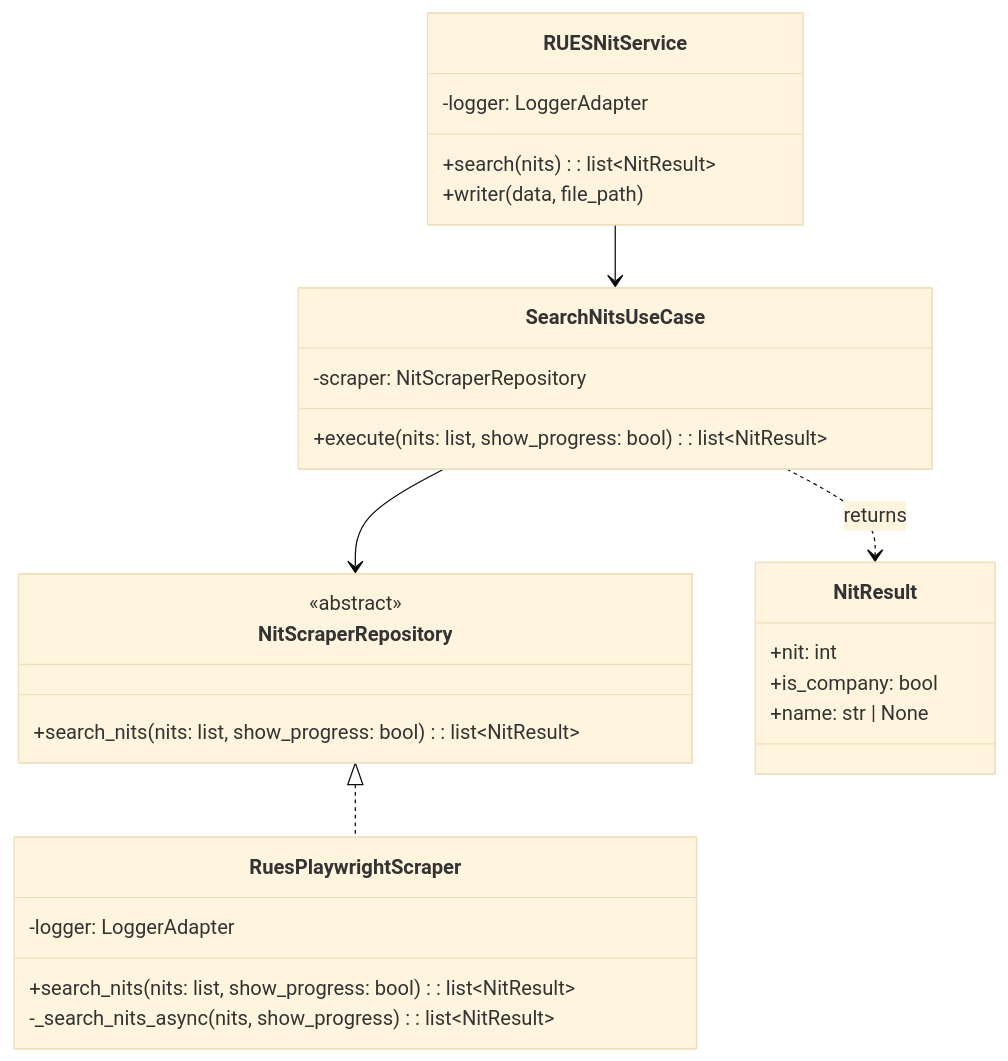
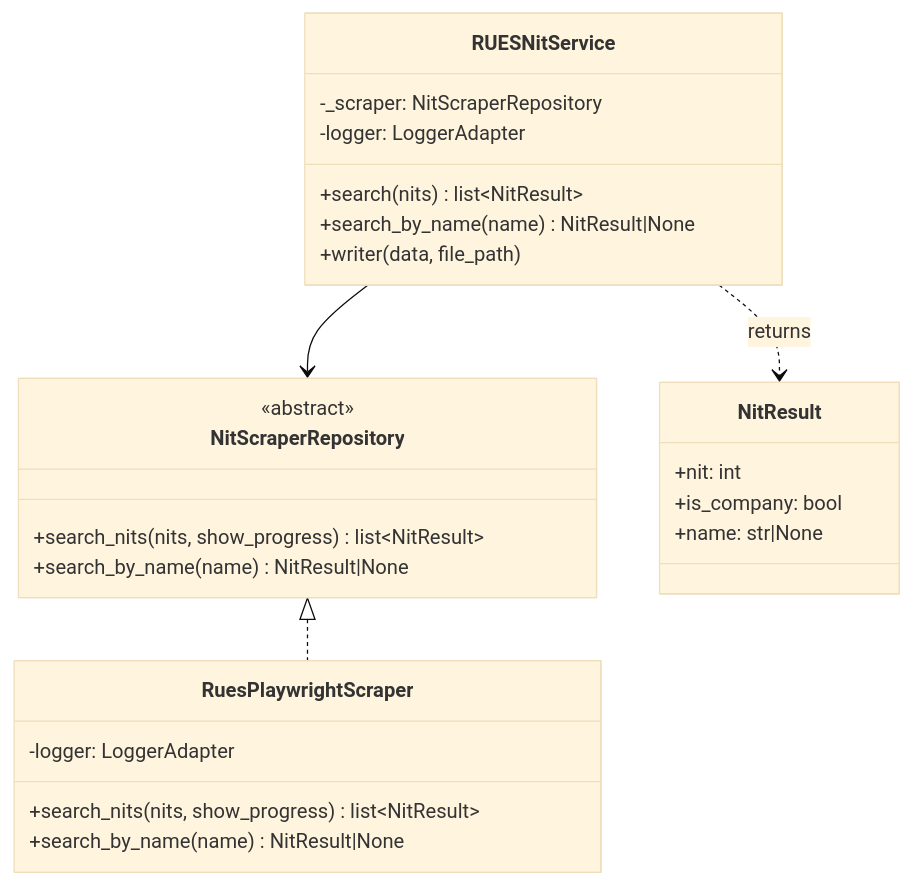
The sixth of 10 diagrams in docs/c4-diagrams.md (santo2409/Facturacion), drawn with Mermaid (base theme) before and after one commit. The commit also changed other lines of this file, not shown here.

First line of the commit message:
docs(c4): add Odoo system, injection flows, cascade diagram

````diff
--- a/docs/c4-diagrams.md
+++ b/docs/c4-diagrams.md
@@ -203,35 +242,32 @@
 ```mermaid
 classDiagram
-    class SearchNitsUseCase {
-        -scraper: NitScraperRepository
-        +execute(nits: list, show_progress: bool): list~NitResult~
-    }
-
     class NitScraperRepository {
         <<abstract>>
-        +search_nits(nits: list, show_progress: bool): list~NitResult~
+        +search_nits(nits, show_progress) list~NitResult~
+        +search_by_name(name) NitResult|None
     }
 
     class RuesPlaywrightScraper {
         -logger: LoggerAdapter
-        +search_nits(nits: list, show_progress: bool): list~NitResult~
-        -_search_nits_async(nits, show_progress): list~NitResult~
+        +search_nits(nits, show_progress) list~NitResult~
+        +search_by_name(name) NitResult|None
+    }
+
+    class RUESNitService {
+        -_scraper: NitScraperRepository
+        -logger: LoggerAdapter
+        +search(nits) list~NitResult~
+        +search_by_name(name) NitResult|None
+        +writer(data, file_path)
     }
 
     class NitResult {
         +nit: int
         +is_company: bool
-        +name: str | None
+        +name: str|None
     }
 
-    class RUESNitService {
-        -logger: LoggerAdapter
-        +search(nits): list~NitResult~
-        +writer(data, file_path)
-    }
-
-    SearchNitsUseCase --> NitScraperRepository
+    RUESNitService --> NitScraperRepository
     NitScraperRepository <|.. RuesPlaywrightScraper
-    RUESNitService --> SearchNitsUseCase
-    SearchNitsUseCase ..> NitResult : returns
+    RUESNitService ..> NitResult : returns
 ```
````
